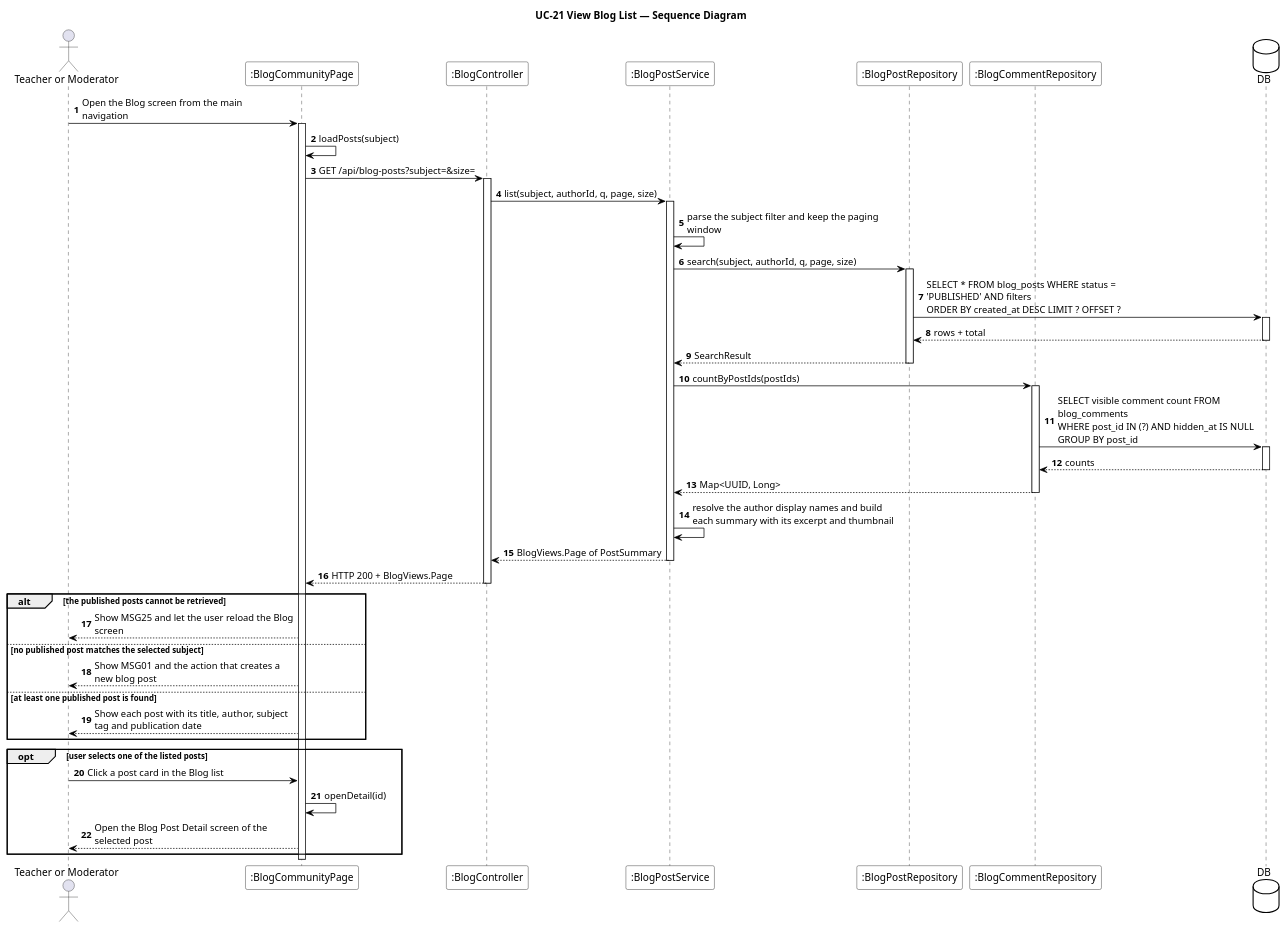
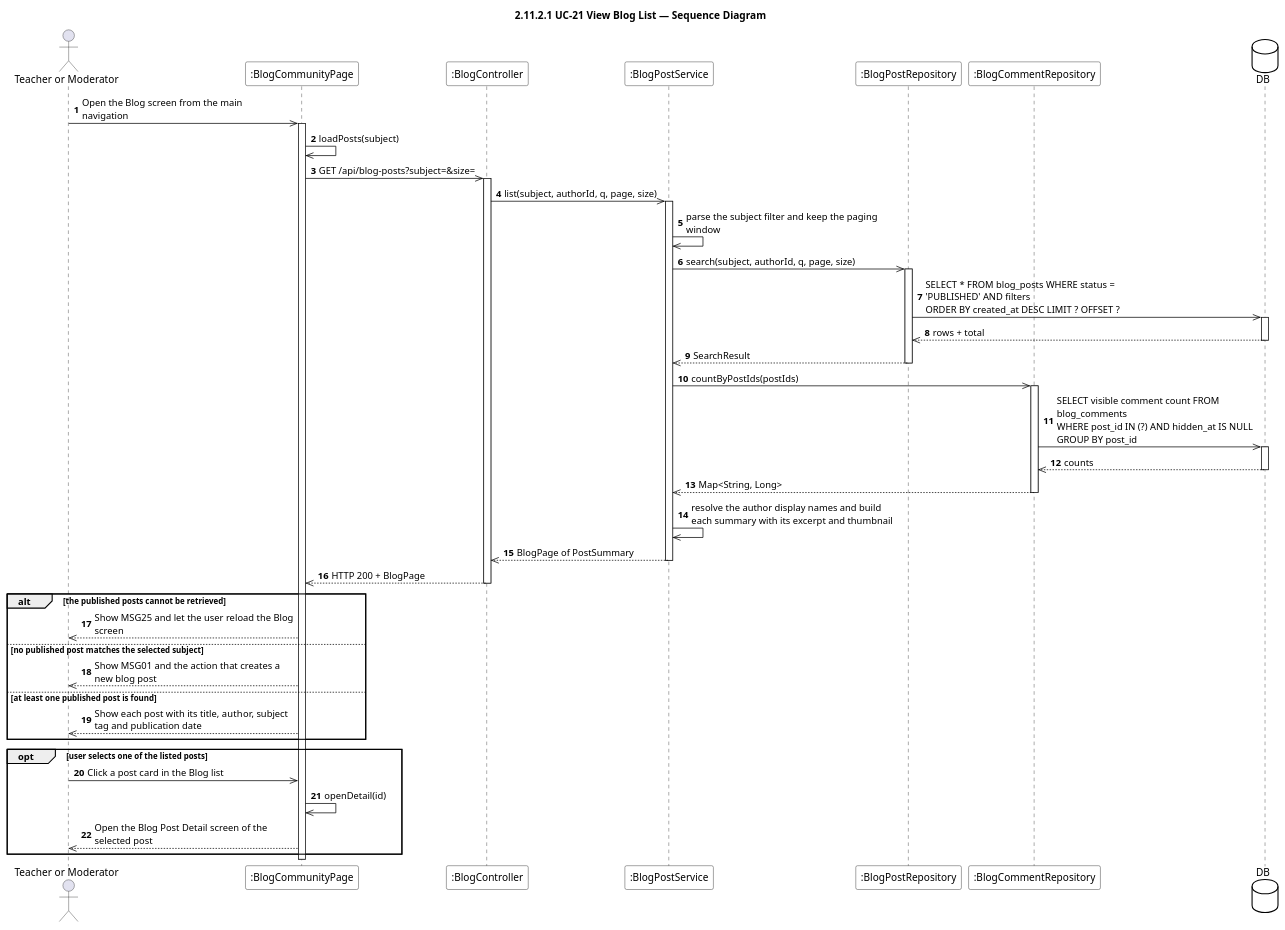
Before and after one commit to EduA-system/EduA-system: the diagram in designs/sds-diagrams/uc21/uc21_sequence.puml, drawn with PlantUML. The commit also changed 585 other files, not shown here.

Commit message:
hình sequence diagram mới

```diff
--- a/designs/sds-diagrams/uc21/uc21_sequence.puml
+++ b/designs/sds-diagrams/uc21/uc21_sequence.puml
@@ -1,66 +1,66 @@
 @startuml UC-21 View Blog List - Sequence Diagram
 skinparam defaultFontName "Segoe UI"
 skinparam shadowing false
 skinparam ParticipantBackgroundColor #FFFFFF
 skinparam ParticipantBorderColor #000000
 skinparam DatabaseBackgroundColor #FFFFFF
 skinparam DatabaseBorderColor #000000
 skinparam ArrowColor #000000
 skinparam sequenceMessageAlign left
 skinparam maxMessageSize 280
-title UC-21 View Blog List — Sequence Diagram
+title 2.11.2.1 UC-21 View Blog List — Sequence Diagram
 
 actor "Teacher or Moderator" as User
 participant ":BlogCommunityPage" as UI
 participant ":BlogController" as CTL
 participant ":BlogPostService" as SVC
 participant ":BlogPostRepository" as POSTS
 participant ":BlogCommentRepository" as COMMENTS
 database DB
 
 autonumber
-User -> UI : Open the Blog screen from the main navigation
+User ->> UI : Open the Blog screen from the main navigation
 activate UI
-UI -> UI : loadPosts(subject)
-UI -> CTL : GET /api/blog-posts?subject=&size=
+UI ->> UI : loadPosts(subject)
+UI ->> CTL : GET /api/blog-posts?subject=&size=
 activate CTL
-CTL -> SVC : list(subject, authorId, q, page, size)
+CTL ->> SVC : list(subject, authorId, q, page, size)
 activate SVC
-SVC -> SVC : parse the subject filter and keep the paging window
-SVC -> POSTS : search(subject, authorId, q, page, size)
+SVC ->> SVC : parse the subject filter and keep the paging window
+SVC ->> POSTS : search(subject, authorId, q, page, size)
 activate POSTS
-POSTS -> DB : SELECT * FROM blog_posts WHERE status = 'PUBLISHED' AND filters\nORDER BY created_at DESC LIMIT ? OFFSET ?
+POSTS ->> DB : SELECT * FROM blog_posts WHERE status = 'PUBLISHED' AND filters\nORDER BY created_at DESC LIMIT ? OFFSET ?
 activate DB
-DB --> POSTS : rows + total
+DB -->> POSTS : rows + total
 deactivate DB
-POSTS --> SVC : SearchResult
+POSTS -->> SVC : SearchResult
 deactivate POSTS
-SVC -> COMMENTS : countByPostIds(postIds)
+SVC ->> COMMENTS : countByPostIds(postIds)
 activate COMMENTS
-COMMENTS -> DB : SELECT visible comment count FROM blog_comments\nWHERE post_id IN (?) AND hidden_at IS NULL GROUP BY post_id
+COMMENTS ->> DB : SELECT visible comment count FROM blog_comments\nWHERE post_id IN (?) AND hidden_at IS NULL GROUP BY post_id
 activate DB
-DB --> COMMENTS : counts
+DB -->> COMMENTS : counts
 deactivate DB
-COMMENTS --> SVC : Map<UUID, Long>
+COMMENTS -->> SVC : Map<String, Long>
 deactivate COMMENTS
-SVC -> SVC : resolve the author display names and build each summary with its excerpt and thumbnail
-SVC --> CTL : BlogViews.Page of PostSummary
+SVC ->> SVC : resolve the author display names and build each summary with its excerpt and thumbnail
+SVC -->> CTL : BlogPage of PostSummary
 deactivate SVC
-CTL --> UI : HTTP 200 + BlogViews.Page
+CTL -->> UI : HTTP 200 + BlogPage
 deactivate CTL
 
 alt the published posts cannot be retrieved
-  UI --> User : Show MSG25 and let the user reload the Blog screen
+  UI -->> User : Show MSG25 and let the user reload the Blog screen
 else no published post matches the selected subject
-  UI --> User : Show MSG01 and the action that creates a new blog post
+  UI -->> User : Show MSG01 and the action that creates a new blog post
 else at least one published post is found
-  UI --> User : Show each post with its title, author, subject tag and publication date
+  UI -->> User : Show each post with its title, author, subject tag and publication date
 end
 
 opt user selects one of the listed posts
-  User -> UI : Click a post card in the Blog list
-  UI -> UI : openDetail(id)
-  UI --> User : Open the Blog Post Detail screen of the selected post
+  User ->> UI : Click a post card in the Blog list
+  UI ->> UI : openDetail(id)
+  UI -->> User : Open the Blog Post Detail screen of the selected post
 end
 deactivate UI
 @enduml
```
